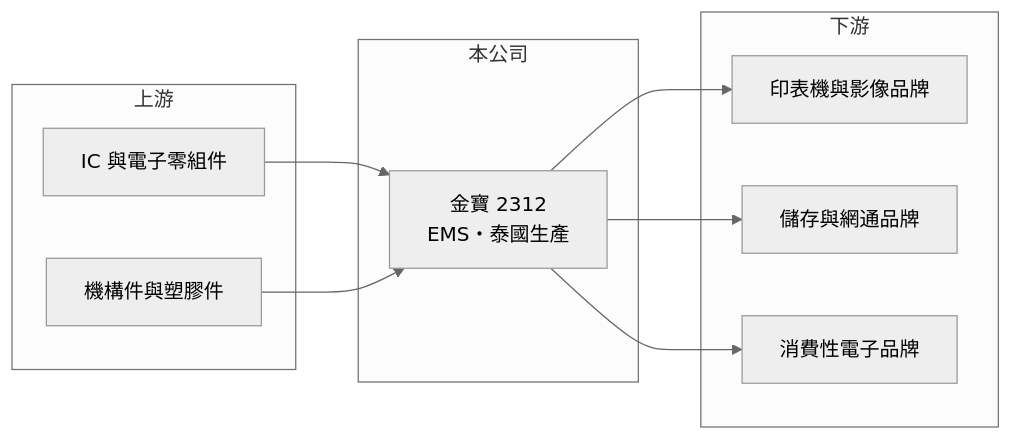
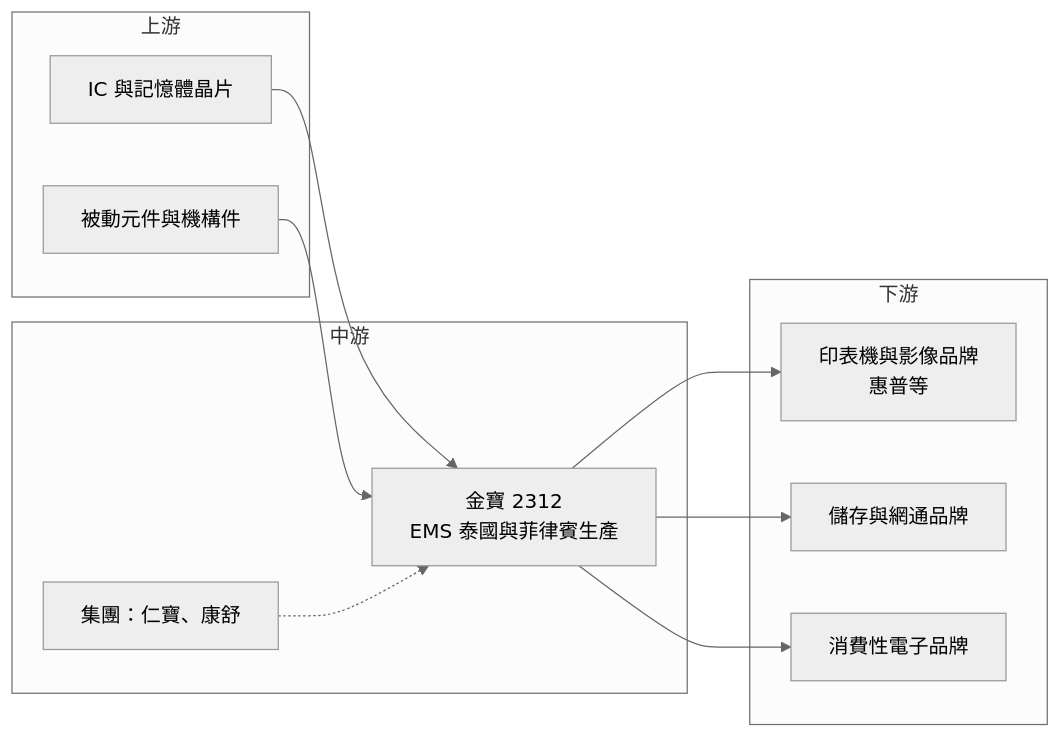
The fourth of 4 diagrams in 個股/台股/2312金寶.md (wangnick1004/taiwan-stock-vault), drawn with Mermaid (neutral theme) before and after one commit. The commit also changed other lines of this file and 5 other files, not shown here.

````diff
--- a/個股/台股/2312金寶.md
+++ b/個股/台股/2312金寶.md
@@ -102,20 +235,22 @@
 ```mermaid
 flowchart LR
     subgraph 上游
-        A1["IC 與電子零組件"]
-        A2["機構件與塑膠件"]
+        A1["IC 與記憶體晶片"]
+        A2["被動元件與機構件"]
     end
-    subgraph 本公司
-        B["金寶 2312<br/>EMS・泰國生產"]
+    subgraph 中游
+        B["金寶 2312<br/>EMS 泰國與菲律賓生產"]
+        B2["集團：仁寶、康舒"]
     end
     subgraph 下游
-        C1["印表機與影像品牌"]
+        C1["印表機與影像品牌<br/>惠普等"]
         C2["儲存與網通品牌"]
         C3["消費性電子品牌"]
     end
     A1 --> B
     A2 --> B
+    B2 -.-> B
     B --> C1
     B --> C2
     B --> C3
 ```
````
